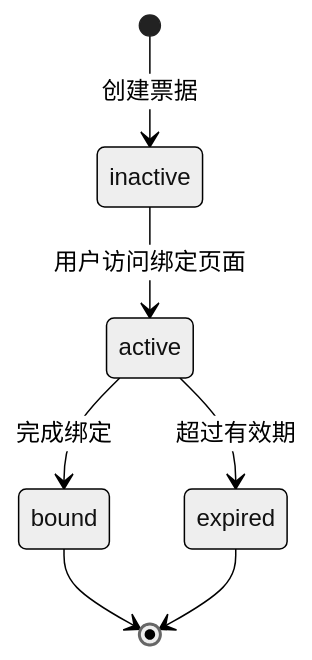
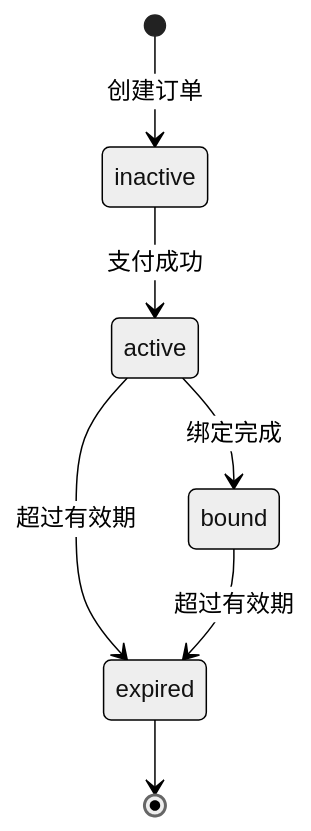
Before and after one commit to yiancode/AutoDepositRefundAgent: the fourth of 4 diagrams in docs/epics.md, drawn with Mermaid (neutral theme). The commit also changed other lines of this file and 9 other files, not shown here.

````diff
--- a/docs/epics.md
+++ b/docs/epics.md
@@ -2228,9 +2228,9 @@
 ```mermaid
 stateDiagram-v2
-    [*] --> inactive: 创建票据
-    inactive --> active: 用户访问绑定页面
-    active --> bound: 完成绑定
+    [*] --> inactive: 创建订单
+    inactive --> active: 支付成功
+    active --> bound: 绑定完成
     active --> expired: 超过有效期
-    bound --> [*]
+    bound --> expired: 超过有效期
     expired --> [*]
 ```
````
